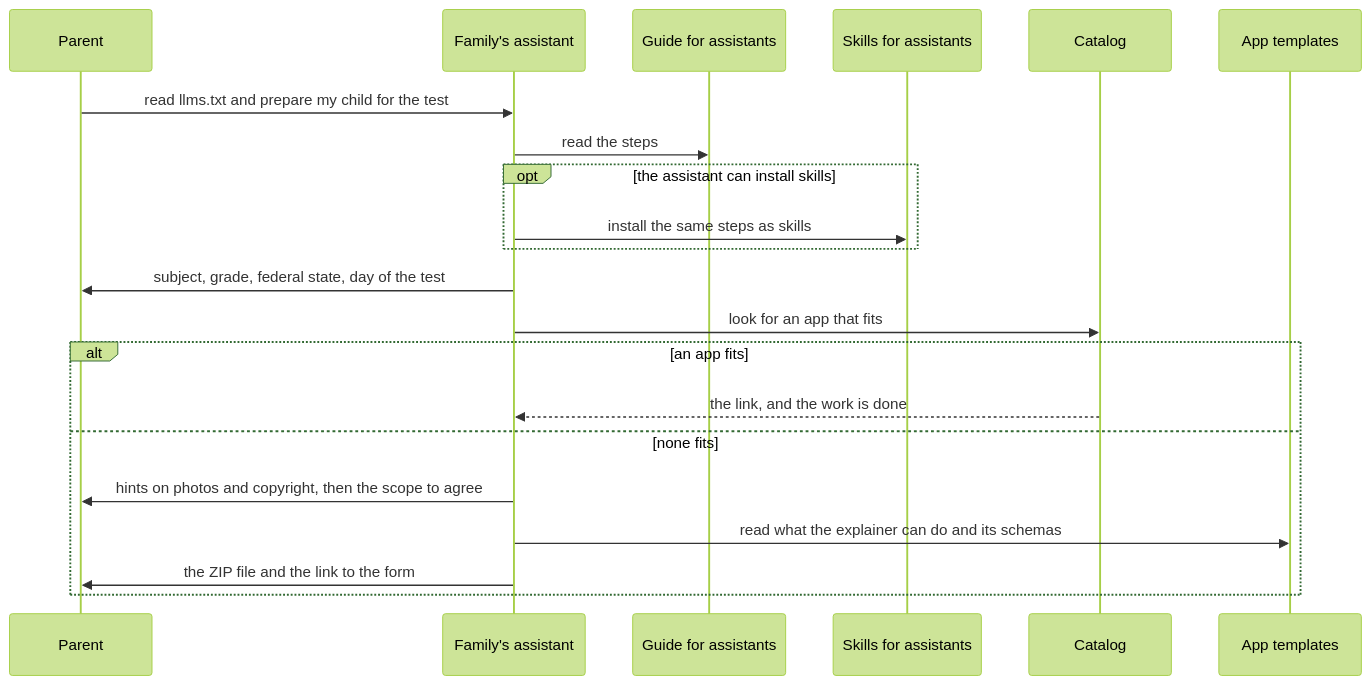
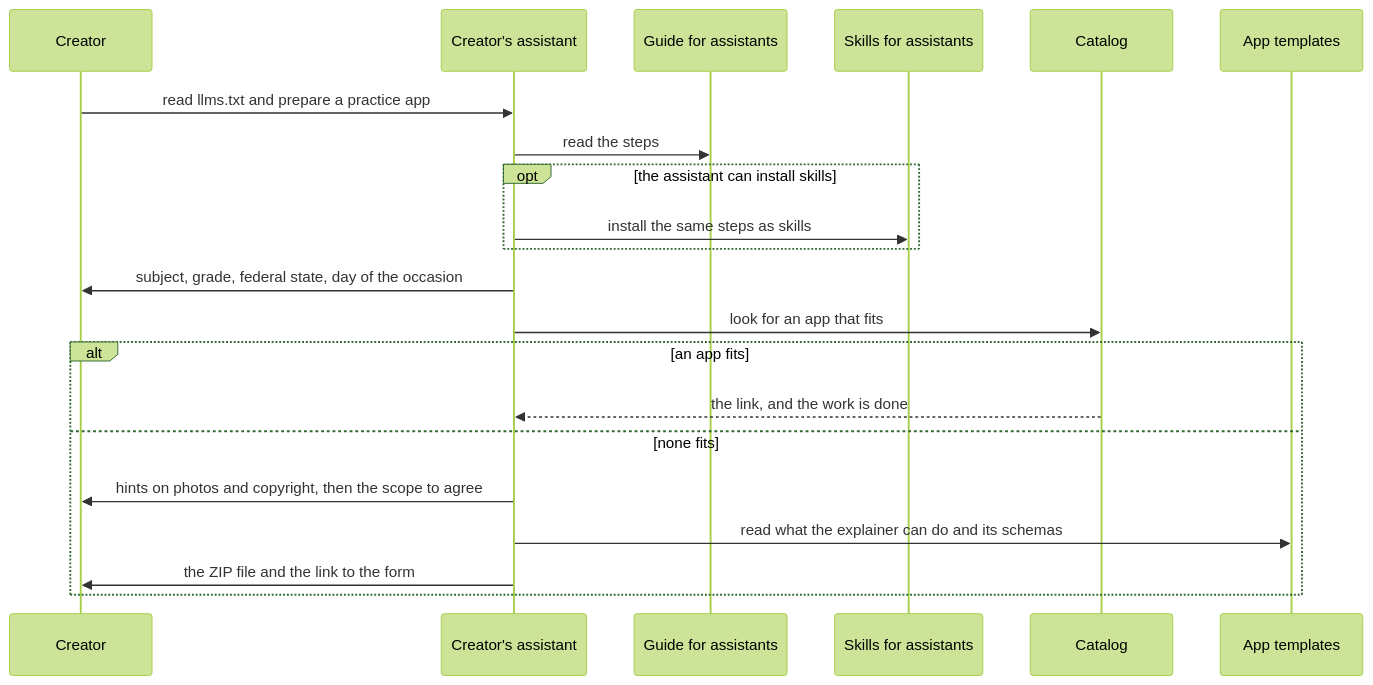
One commit to lernapps/practice changed the fifth of 6 diagrams in docs/arc42/06-runtime-view.arc42.md. Above: the diagram before and after it, drawn with Mermaid (forest theme). The commit also changed other lines of this file and 9 other files, not shown here.

First line of the commit message:
docs(arc42): speak of creator and student as the system architecture does

````diff
--- a/docs/arc42/06-runtime-view.arc42.md
+++ b/docs/arc42/06-runtime-view.arc42.md
@@ -222,23 +222,23 @@
 ```mermaid
 sequenceDiagram
-    participant parent as Parent
-    participant assistant as Family's assistant
+    participant creator as Creator
+    participant assistant as Creator's assistant
     participant guide as Guide for assistants
     participant skills as Skills for assistants
     participant catalog as Catalog
     participant templates as App templates
-    parent->>assistant: read llms.txt and prepare my child for the test
+    creator->>assistant: read llms.txt and prepare a practice app
     assistant->>guide: read the steps
     opt the assistant can install skills
         assistant->>skills: install the same steps as skills
     end
-    assistant->>parent: subject, grade, federal state, day of the test
+    assistant->>creator: subject, grade, federal state, day of the occasion
     assistant->>catalog: look for an app that fits
     alt an app fits
         catalog-->>assistant: the link, and the work is done
     else none fits
-        assistant->>parent: hints on photos and copyright, then the scope to agree
+        assistant->>creator: hints on photos and copyright, then the scope to agree
         assistant->>templates: read what the explainer can do and its schemas
-        assistant->>parent: the ZIP file and the link to the form
+        assistant->>creator: the ZIP file and the link to the form
     end
 ```
````
